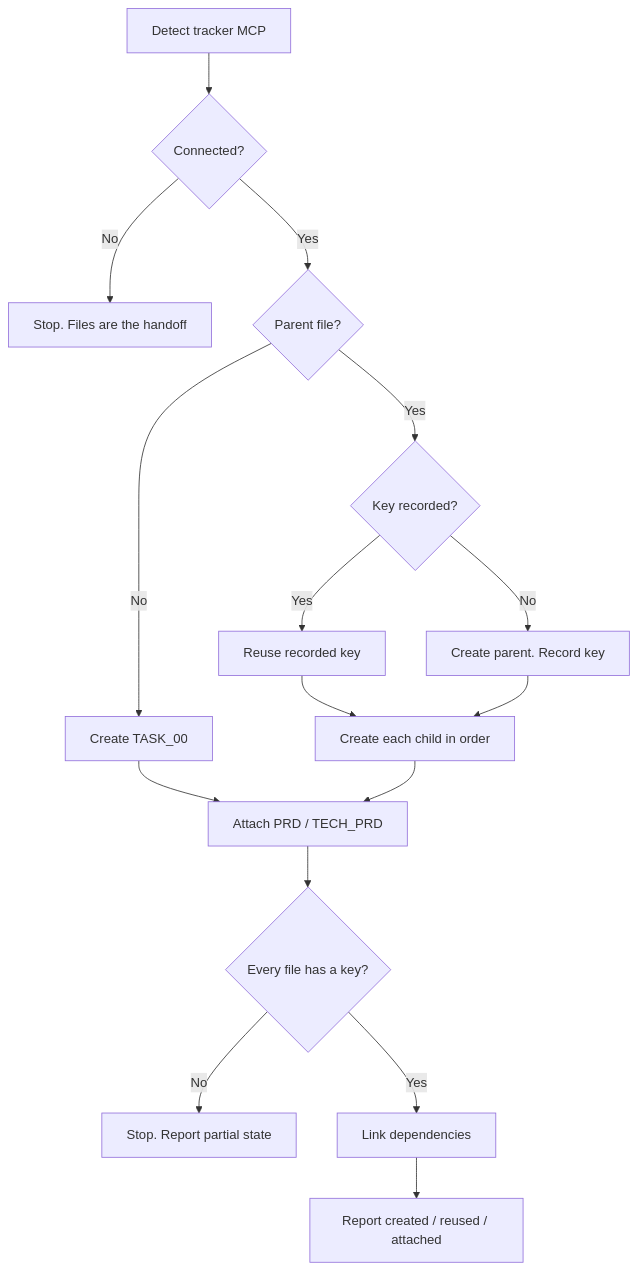
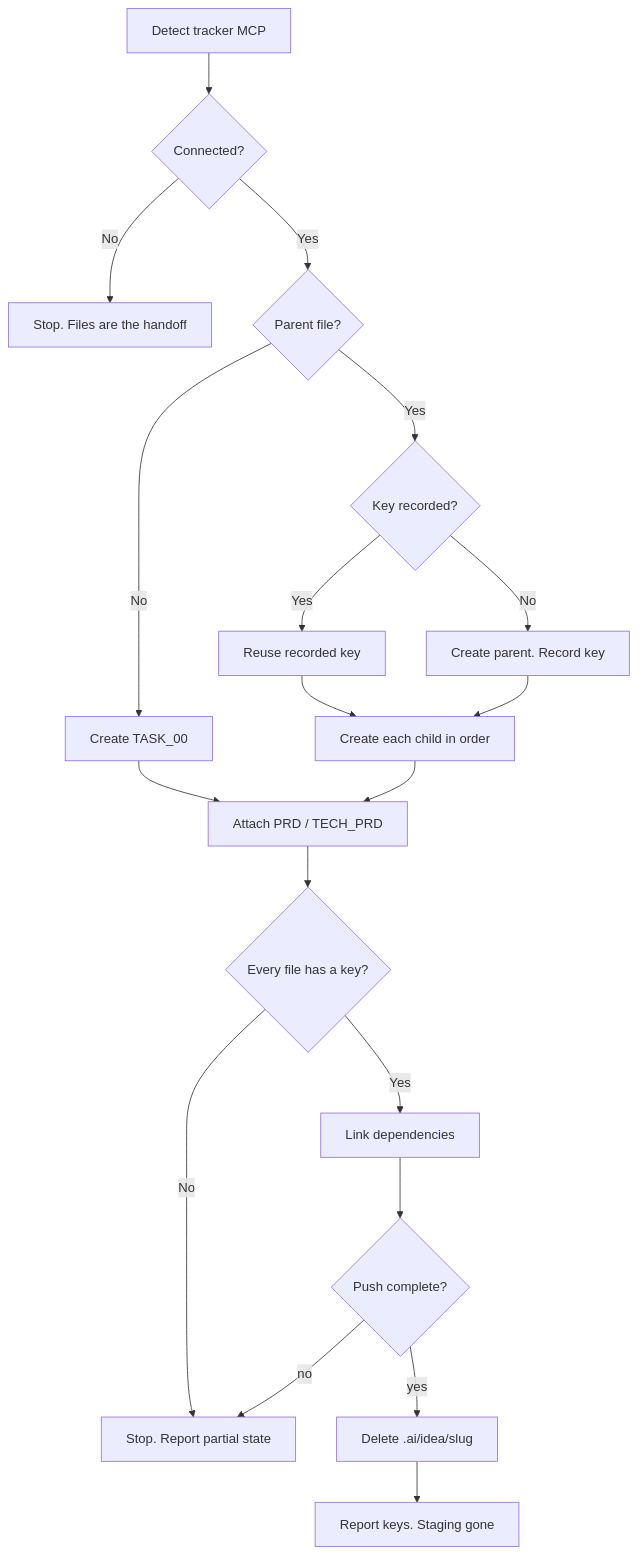
The diagram in skills/push-issues/SKILL.md (jakubtobiasz/ai-kit), drawn with Mermaid before and after one commit. The commit also changed other lines of this file and 32 other files, not shown here.

````diff
--- a/skills/push-issues/SKILL.md
+++ b/skills/push-issues/SKILL.md
@@ -68,18 +73,21 @@
 ```mermaid
 flowchart TD
   Detect[Detect tracker MCP] --> None{Connected?}
   None -->|No| StopNone[Stop. Files are the handoff]
   None -->|Yes| Parent{Parent file?}
   Parent -->|No| Children[Create TASK_00]
   Parent -->|Yes| ParentKey{Key recorded?}
   ParentKey -->|Yes| Reuse[Reuse recorded key]
   ParentKey -->|No| CreateP[Create parent. Record key]
   Reuse --> Children2[Create each child in order]
   CreateP --> Children2
   Children --> Attach[Attach PRD / TECH_PRD]
   Children2 --> Attach
   Attach --> AllKeys{Every file has a key?}
   AllKeys -->|No| Fail[Stop. Report partial state]
   AllKeys -->|Yes| Links[Link dependencies]
-  Links --> Done[Report created / reused / attached]
+  Links --> DoneCheck{Push complete?}
+  DoneCheck -->|yes| Del[Delete .ai/idea/slug]
+  DoneCheck -->|no| Fail
+  Del --> Done[Report keys. Staging gone]
 ```
````
